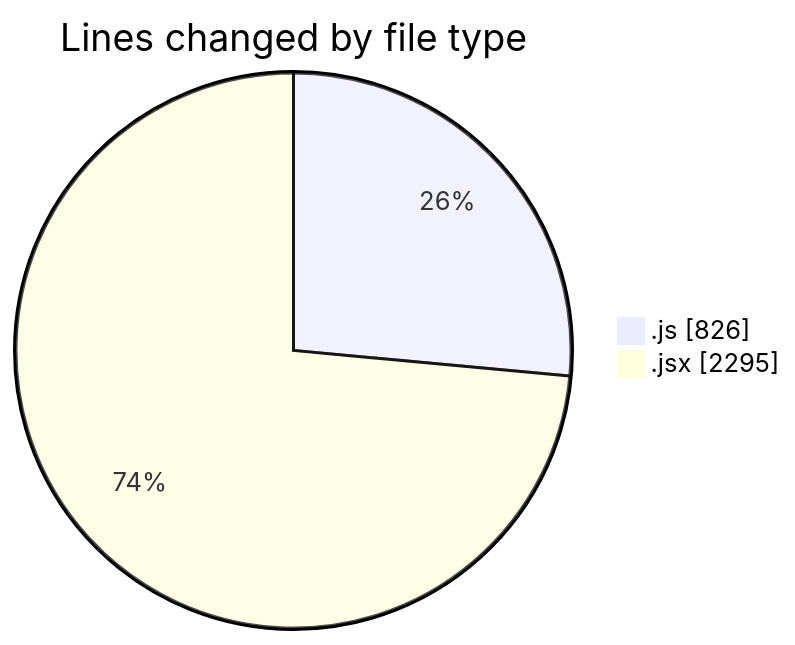
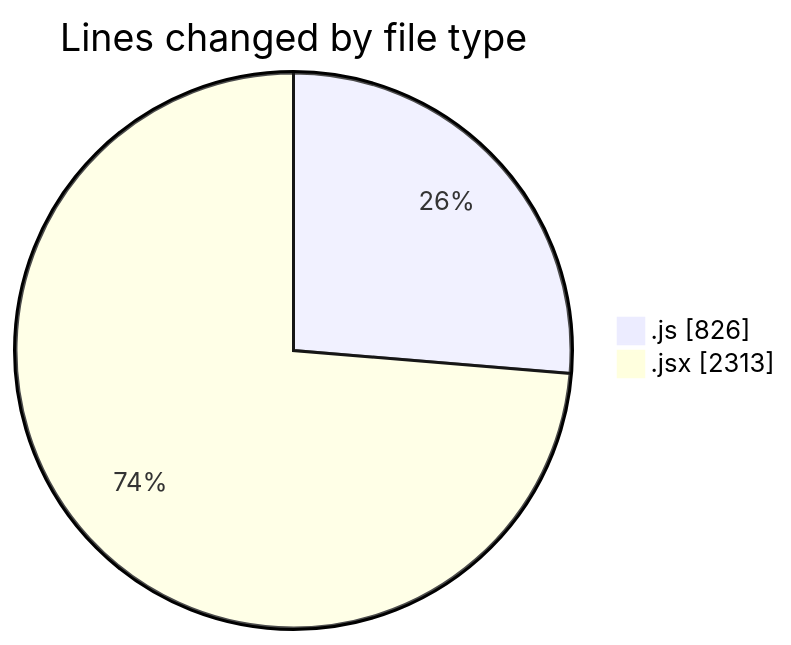
The first of 2 diagrams in 2025-10-29/nxtqube_webapp/README.md (nxtqubesakshisongat/code-tracking), drawn with Mermaid before and after one commit. The commit also changed other lines of this file and 1 other file, not shown here.

````diff
--- a/2025-10-29/nxtqube_webapp/README.md
+++ b/2025-10-29/nxtqube_webapp/README.md
@@ -22,6 +22,6 @@
 ```mermaid
 pie showData
 title Lines changed by file type
 ".js" : 826
-".jsx" : 2295
+".jsx" : 2313
 ```
````
